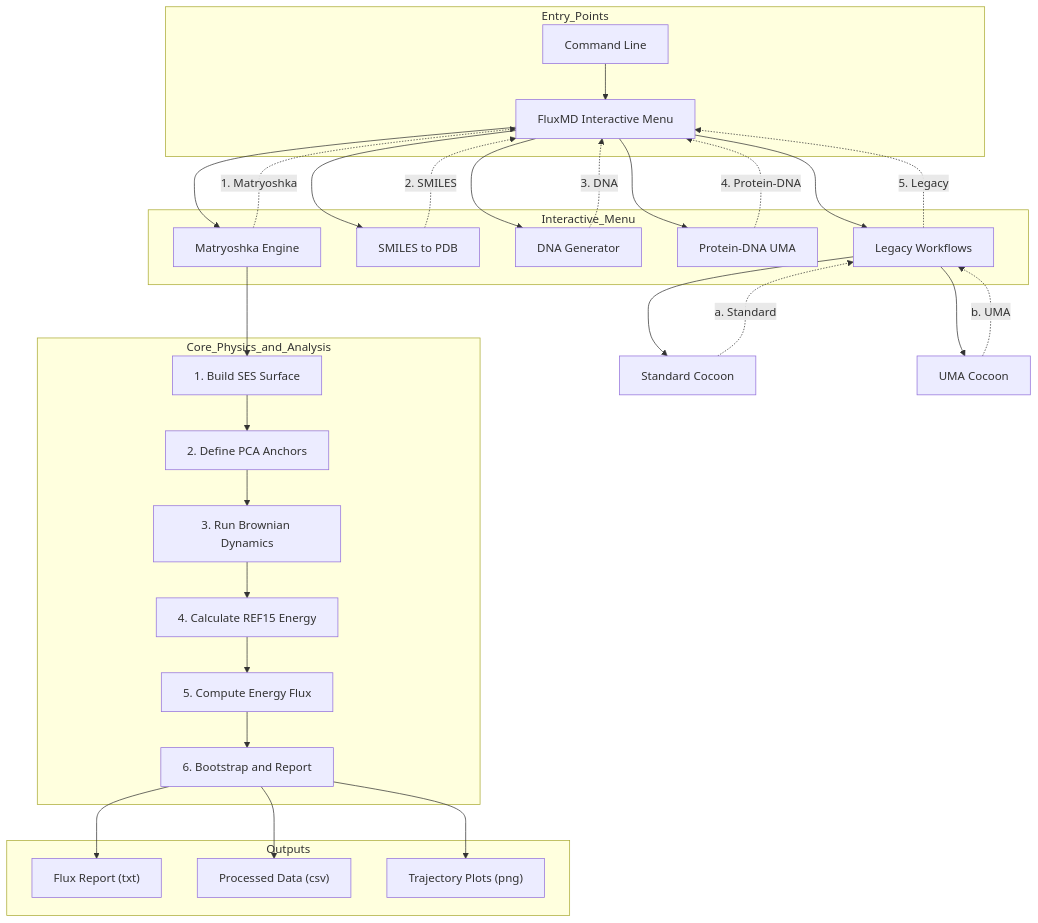
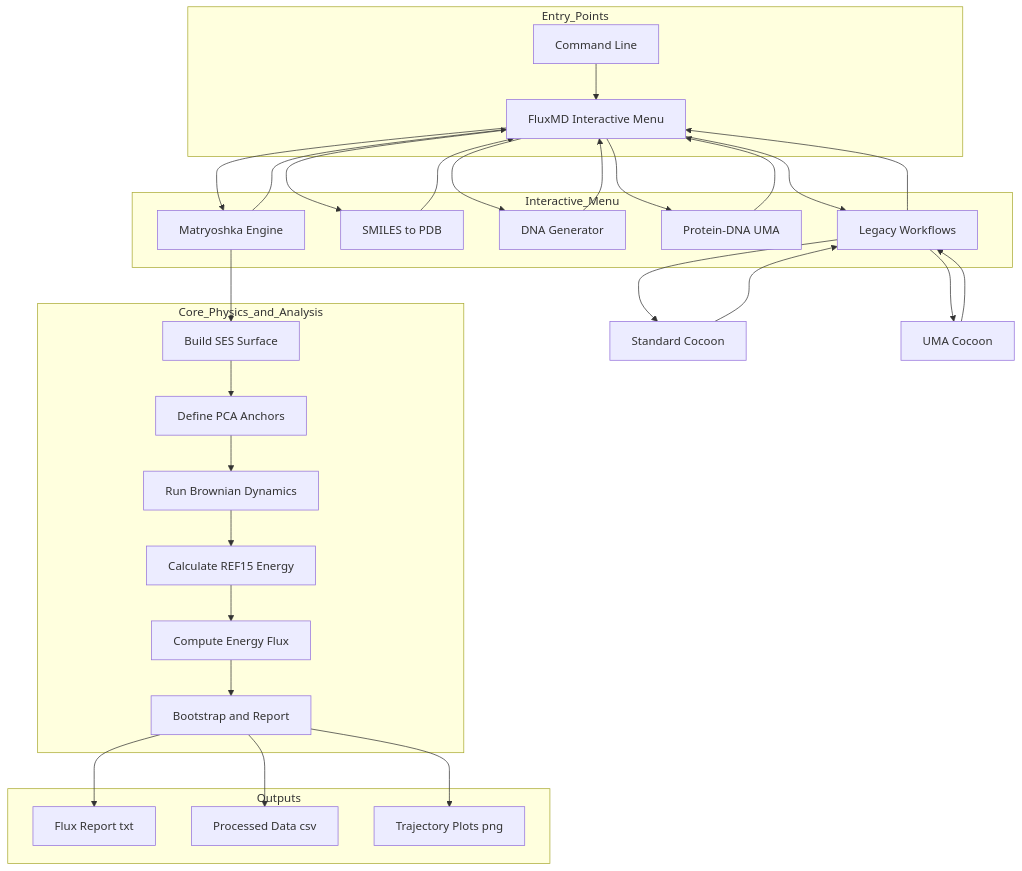
One commit to myunghyunj/FluxMD-simulation changed the diagram in README.md. Above: the diagram before and after it, drawn with Mermaid.

Commit message:
readme update

````diff
--- a/README.md
+++ b/README.md
@@ -15,41 +15,41 @@
 ```mermaid
 graph TD
     subgraph Entry_Points
         CLI["Command Line"] --> Interactive["FluxMD Interactive Menu"]
     end
 
     subgraph Interactive_Menu
         Interactive --> Matryoshka["Matryoshka Engine"]
         Interactive --> SMILES["SMILES to PDB"]
         Interactive --> DNA["DNA Generator"]
         Interactive --> PDNA["Protein-DNA UMA"]
         Interactive --> LegacyMenu["Legacy Workflows"]
     end
 
-    Matryoshka -.->|"1. Matryoshka"| Interactive
-    SMILES -.->|"2. SMILES"| Interactive
-    DNA -.->|"3. DNA"| Interactive
-    PDNA -.->|"4. Protein-DNA"| Interactive
-    LegacyMenu -.->|"5. Legacy"| Interactive
+    Matryoshka --> Interactive
+    SMILES --> Interactive
+    DNA --> Interactive
+    PDNA --> Interactive
+    LegacyMenu --> Interactive
 
     LegacyMenu --> Standard["Standard Cocoon"]
     LegacyMenu --> UMA["UMA Cocoon"]
 
-    Standard -.->|"a. Standard"| LegacyMenu
-    UMA -.->|"b. UMA"| LegacyMenu
+    Standard --> LegacyMenu
+    UMA --> LegacyMenu
 
     subgraph Core_Physics_and_Analysis
-        Matryoshka --> SES["1. Build SES Surface"]
-        SES --> Anchors["2. Define PCA Anchors"]
-        Anchors --> Dynamics["3. Run Brownian Dynamics"]
-        Dynamics --> REF15["4. Calculate REF15 Energy"]
-        REF15 --> Flux["5. Compute Energy Flux"]
-        Flux --> Stats["6. Bootstrap and Report"]
+        Matryoshka --> SES["Build SES Surface"]
+        SES --> Anchors["Define PCA Anchors"]
+        Anchors --> Dynamics["Run Brownian Dynamics"]
+        Dynamics --> REF15["Calculate REF15 Energy"]
+        REF15 --> Flux["Compute Energy Flux"]
+        Flux --> Stats["Bootstrap and Report"]
     end
 
     subgraph Outputs
-        Stats --> Report["Flux Report (txt)"]
-        Stats --> Data["Processed Data (csv)"]
-        Stats --> TrajectoryPlots["Trajectory Plots (png)"]
+        Stats --> Report["Flux Report txt"]
+        Stats --> Data["Processed Data csv"]
+        Stats --> TrajectoryPlots["Trajectory Plots png"]
     end
 ```
````
